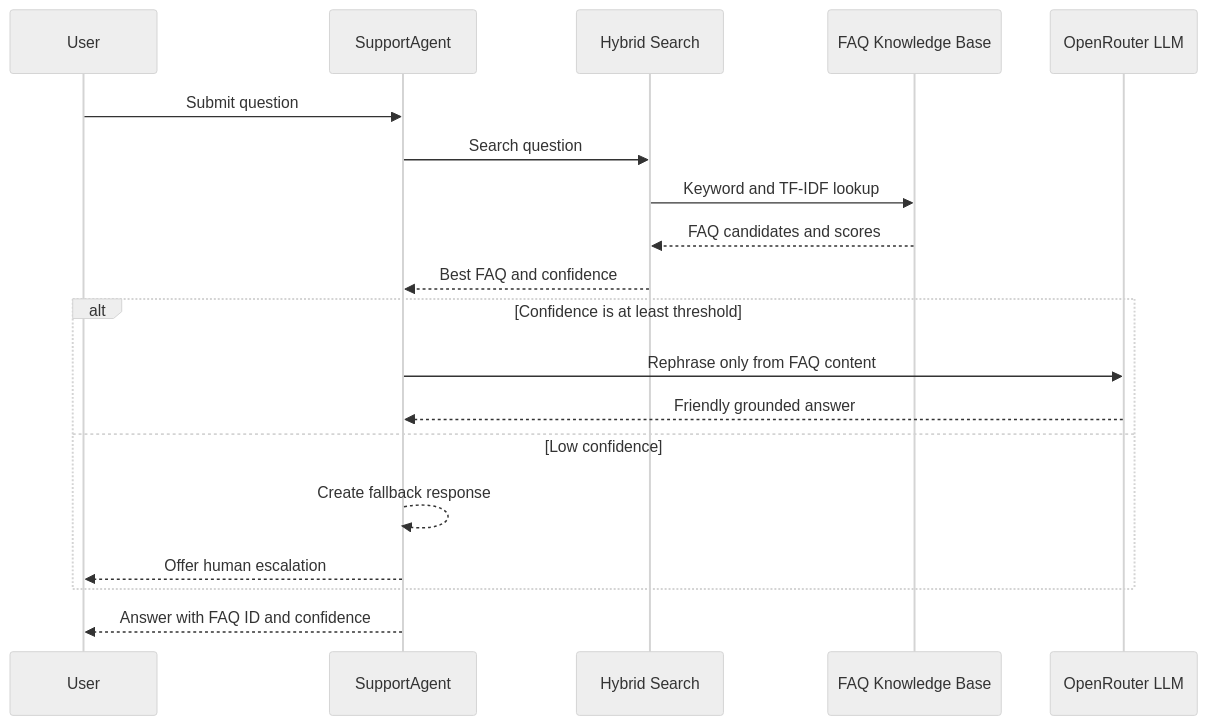
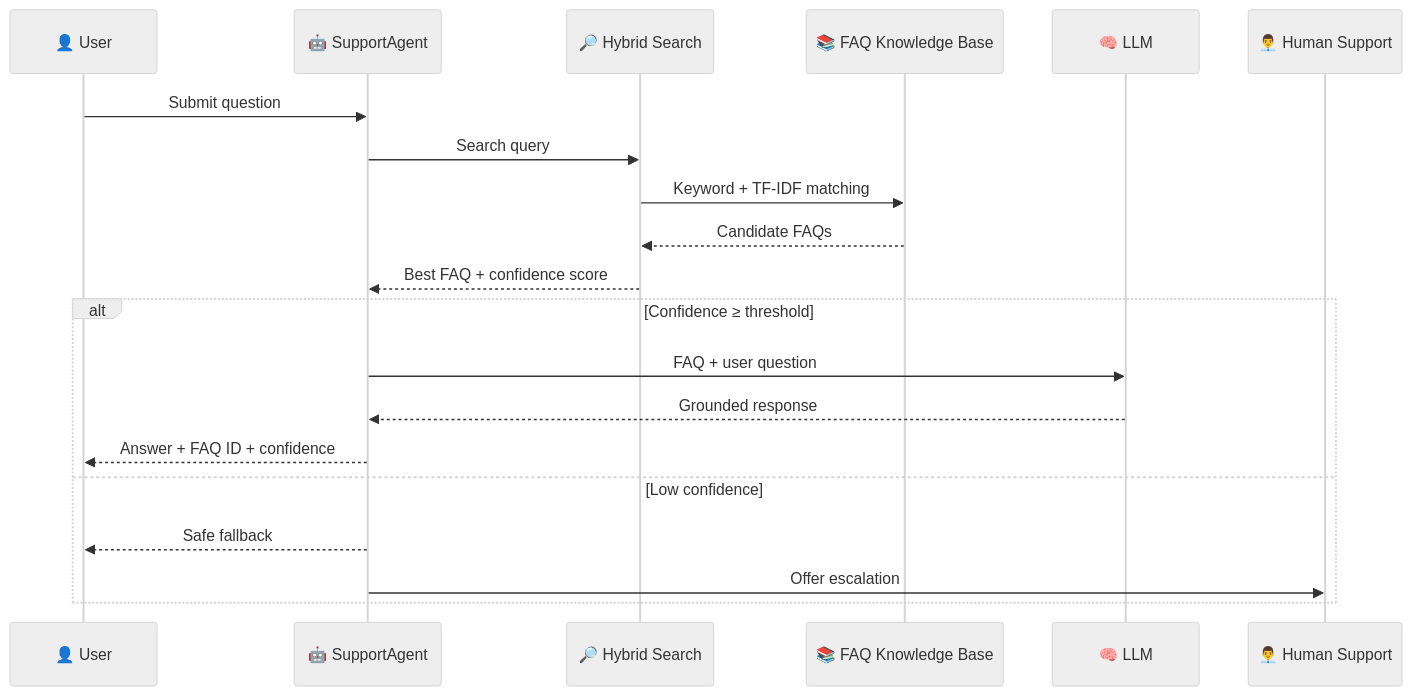
Before and after one commit to J-harshavardhan/Support_AI_Assistant: the second of 2 diagrams in README.md, drawn with Mermaid (neutral theme). The commit also changed other lines of this file, not shown here.

````diff
--- a/README.md
+++ b/README.md
@@ -62,22 +108,29 @@
 ```mermaid
 sequenceDiagram
-    participant U as User
-    participant A as SupportAgent
-    participant H as Hybrid Search
-    participant F as FAQ Knowledge Base
-    participant L as OpenRouter LLM
+
+    participant U as 👤 User
+    participant A as 🤖 SupportAgent
+    participant H as 🔎 Hybrid Search
+    participant F as 📚 FAQ Knowledge Base
+    participant L as 🧠 LLM
+    participant E as 👨‍💼 Human Support
 
     U->>A: Submit question
-    A->>H: Search question
-    H->>F: Keyword and TF-IDF lookup
-    F-->>H: FAQ candidates and scores
-    H-->>A: Best FAQ and confidence
-    alt Confidence is at least threshold
-        A->>L: Rephrase only from FAQ content
-        L-->>A: Friendly grounded answer
+
+    A->>H: Search query
+
+    H->>F: Keyword + TF-IDF matching
+
+    F-->>H: Candidate FAQs
+
+    H-->>A: Best FAQ + confidence score
+
+    alt Confidence ≥ threshold
+        A->>L: FAQ + user question
+        L-->>A: Grounded response
+        A-->>U: Answer + FAQ ID + confidence
     else Low confidence
-        A-->>A: Create fallback response
-        A-->>U: Offer human escalation
+        A-->>U: Safe fallback
+        A->>E: Offer escalation
     end
-    A-->>U: Answer with FAQ ID and confidence
 ```
````
